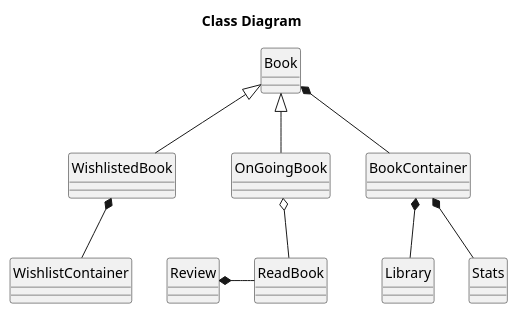
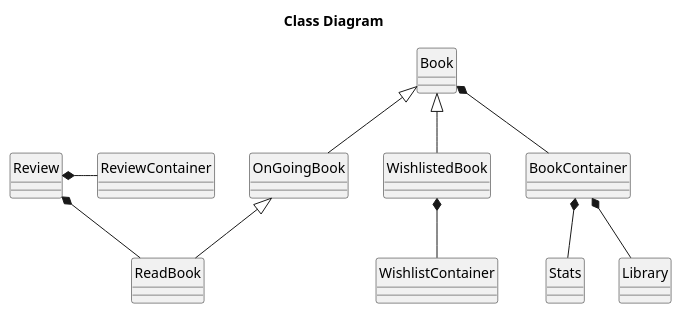
One commit to VitorHTeixeira/DSSMV_ProjectDroid_1232067_1241131_1241008 changed the diagram in UMLs/ClassesModelo/uml/model_classes.puml. Above: the diagram before and after it, drawn with PlantUML. The commit also changed 1 other file, not shown here.

```diff
--- a/UMLs/ClassesModelo/uml/model_classes.puml
+++ b/UMLs/ClassesModelo/uml/model_classes.puml
@@ -1,26 +1,28 @@
 @startuml
 'https://plantuml.com/class-diagram
 
 hide circle
 title Class Diagram
 
 class Book
 class WishlistedBook
 class OnGoingBook
 class ReadBook
 class BookContainer
 class Review
 class Stats
 class WishlistContainer
+class ReviewContainer
 
 class Library
 
 Book <|-- WishlistedBook
 Book <|-- OnGoingBook
 Book *-- BookContainer
 WishlistedBook *-- WishlistContainer
-OnGoingBook o-- ReadBook
-Review *- ReadBook
+OnGoingBook <|-- ReadBook
+Review *-- ReadBook
 BookContainer *-- Stats
 BookContainer *-- Library
+Review *- ReviewContainer
 @enduml
```
